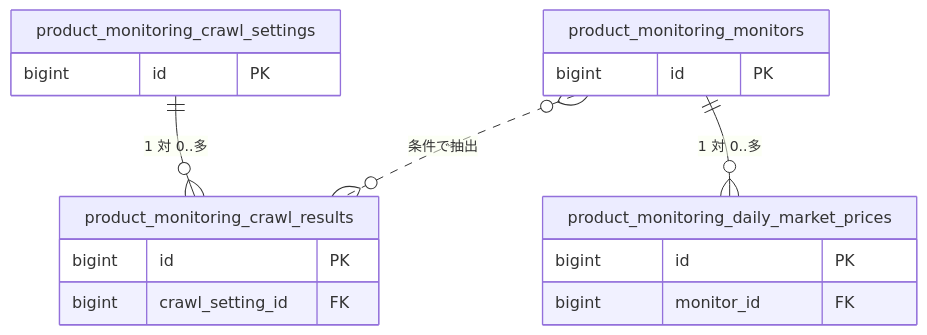
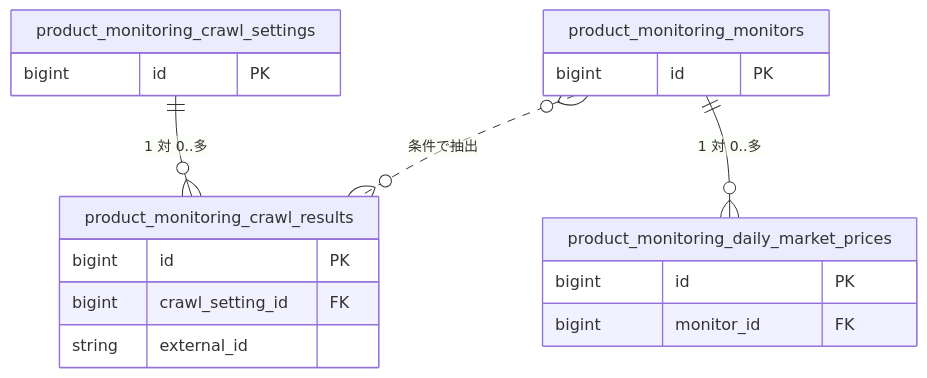
Before and after one commit to kuroweb/price-monitoring: the diagram in docs/features/product-monitoring/database.md, drawn with Mermaid. The commit also changed other lines of this file and 6 other files, not shown here.

````diff
--- a/docs/features/product-monitoring/database.md
+++ b/docs/features/product-monitoring/database.md
@@ -26,20 +26,21 @@
 ```mermaid
 erDiagram
   product_monitoring_crawl_settings {
     bigint id PK
   }
   product_monitoring_crawl_results {
     bigint id PK
     bigint crawl_setting_id FK
+    string external_id
   }
   product_monitoring_monitors {
     bigint id PK
   }
   product_monitoring_daily_market_prices {
     bigint id PK
     bigint monitor_id FK
   }
   product_monitoring_crawl_settings ||--o{ product_monitoring_crawl_results : "1 対 0..多"
   product_monitoring_monitors ||--o{ product_monitoring_daily_market_prices : "1 対 0..多"
   product_monitoring_monitors }o..o{ product_monitoring_crawl_results : "条件で抽出"
 ```
````
